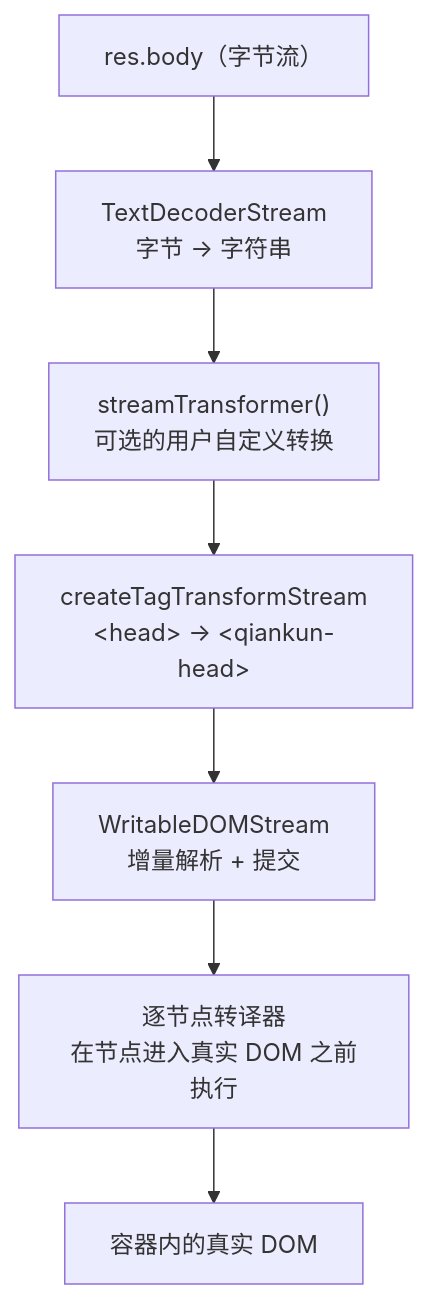
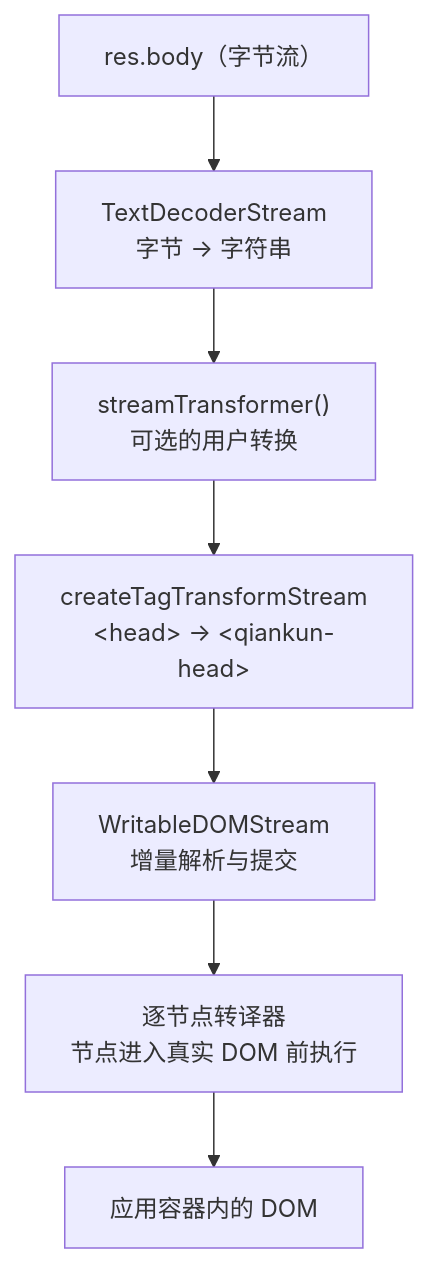
Before and after one commit to umijs/qiankun: the diagram in docs/zh-CN/internals/streaming-html-entry.md, drawn with Mermaid. The commit also changed other lines of this file and 66 other files, not shown here.

````diff
--- a/docs/zh-CN/internals/streaming-html-entry.md
+++ b/docs/zh-CN/internals/streaming-html-entry.md
@@ -54,9 +49,9 @@
 ```mermaid
 flowchart TD
   A["res.body（字节流）"] --> B["TextDecoderStream<br/>字节 → 字符串"]
-  B --> C["streamTransformer()<br/>可选的用户自定义转换"]
+  B --> C["streamTransformer()<br/>可选的用户转换"]
   C --> D["createTagTransformStream<br/>&lt;head&gt; → &lt;qiankun-head&gt;"]
-  D --> E["WritableDOMStream<br/>增量解析 + 提交"]
-  E --> F["逐节点转译器<br/>在节点进入真实 DOM 之前执行"]
-  F --> G["容器内的真实 DOM"]
+  D --> E["WritableDOMStream<br/>增量解析与提交"]
+  E --> F["逐节点转译器<br/>节点进入真实 DOM 前执行"]
+  F --> G["应用容器内的 DOM"]
 ```
````
